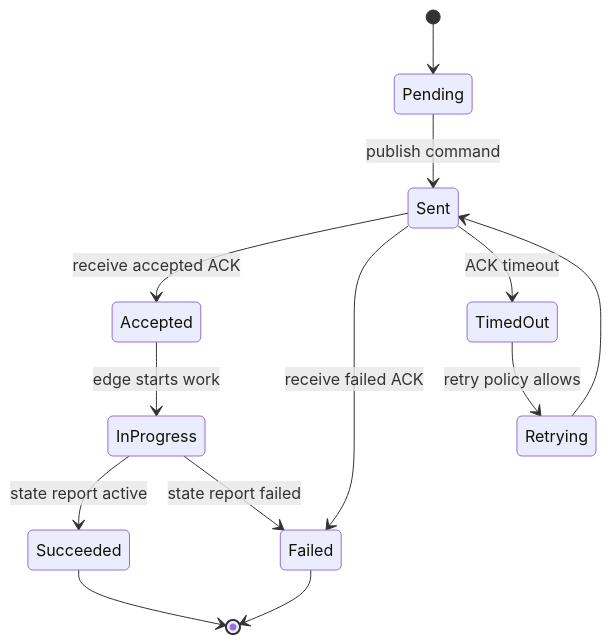
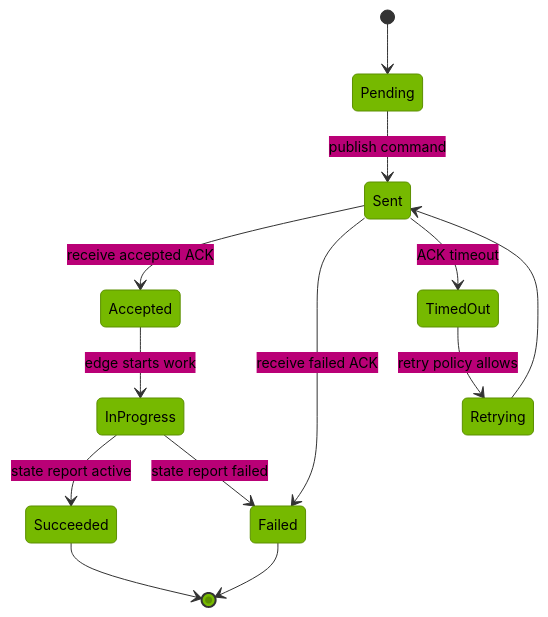
The fifth of 6 diagrams in backend/docs/EDGE_SERVER_COMMUNICATION.md (HipSayu/ai-edge-ops), drawn with Mermaid before and after one commit. The commit also changed other lines of this file and 27 other files, not shown here.

````diff
--- a/backend/docs/EDGE_SERVER_COMMUNICATION.md
+++ b/backend/docs/EDGE_SERVER_COMMUNICATION.md
@@ -132,15 +147,16 @@
 ```mermaid
+%%{init: {"theme":"base","themeVariables":{"primaryColor":"#76B900","primaryTextColor":"#000000","primaryBorderColor":"#5C8F00","lineColor":"#333333","fontFamily":"Helvetica, Arial, sans-serif","fontSize":"14px"}}}%%
 stateDiagram-v2
     [*] --> Pending
     Pending --> Sent: publish command
     Sent --> Accepted: receive accepted ACK
     Sent --> Failed: receive failed ACK
     Accepted --> InProgress: edge starts work
     InProgress --> Succeeded: state report active
     InProgress --> Failed: state report failed
     Sent --> TimedOut: ACK timeout
     TimedOut --> Retrying: retry policy allows
     Retrying --> Sent
     Succeeded --> [*]
     Failed --> [*]
 ```
````
